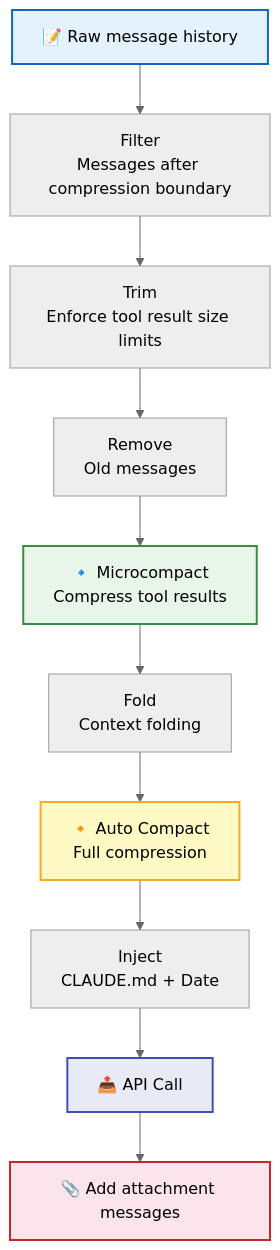
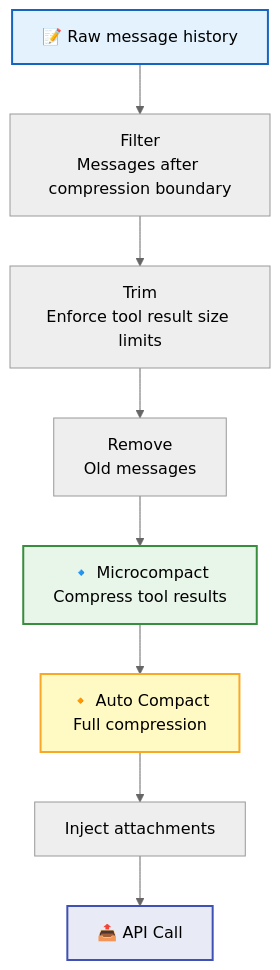
Before and after one commit to rtc-agent/docs: the sixth of 6 diagrams in src/content/docs/en/features/context-management.md, drawn with Mermaid (neutral theme). The commit also changed other lines of this file and 60 other files, not shown here.

First line of the commit message:
docs(site): refresh documentation with new sections and improved diagrams

````diff
--- a/src/content/docs/en/features/context-management.md
+++ b/src/content/docs/en/features/context-management.md
@@ -263,18 +194,15 @@
 ```mermaid
 flowchart TD
     A["📝 Raw message history"] --> B["Filter<br/>Messages after compression boundary"]
     B --> C["Trim<br/>Enforce tool result size limits"]
     C --> D["Remove<br/>Old messages"]
     D --> E["🔹 Microcompact<br/>Compress tool results"]
-    E --> F["Fold<br/>Context folding"]
-    F --> G["🔸 Auto Compact<br/>Full compression"]
-    G --> H["Inject<br/>CLAUDE.md + Date"]
+    E --> G["🔸 Auto Compact<br/>Full compression"]
+    G --> H["Inject attachments"]
     H --> I["📤 API Call"]
-    I --> J["📎 Add attachment messages"]
 
     style A fill:#e3f2fd,stroke:#1565c0,stroke-width:2px
     style E fill:#e8f5e9,stroke:#388e3c,stroke-width:2px
     style G fill:#fff9c4,stroke:#f9a825,stroke-width:2px
     style I fill:#e8eaf6,stroke:#3f51b5,stroke-width:2px
-    style J fill:#fce4ec,stroke:#c62828,stroke-width:2px
 ```
````
